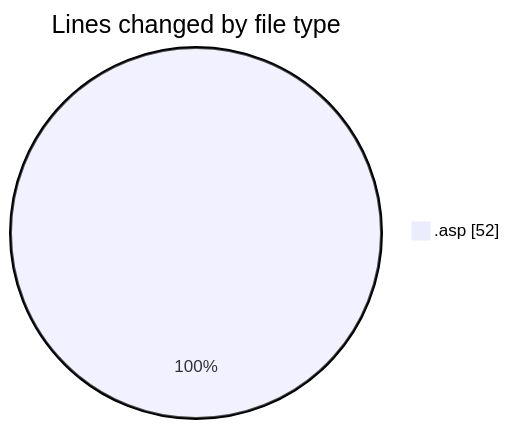
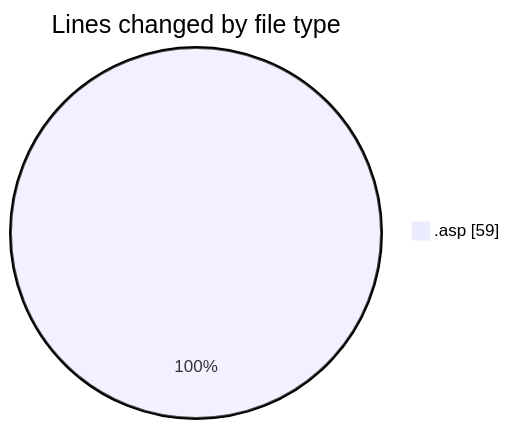
One commit to julien-gomy/code-tracking changed the first of 2 diagrams in 2025-11-01/cdp_aleoudev_fr__workspace_/README.md. Above: the diagram before and after it, drawn with Mermaid. The commit also changed other lines of this file and 1 other file, not shown here.

````diff
--- a/2025-11-01/cdp_aleoudev_fr__workspace_/README.md
+++ b/2025-11-01/cdp_aleoudev_fr__workspace_/README.md
@@ -23,5 +23,5 @@
 ```mermaid
 pie showData
 title Lines changed by file type
-".asp" : 52
+".asp" : 59
 ```
````
